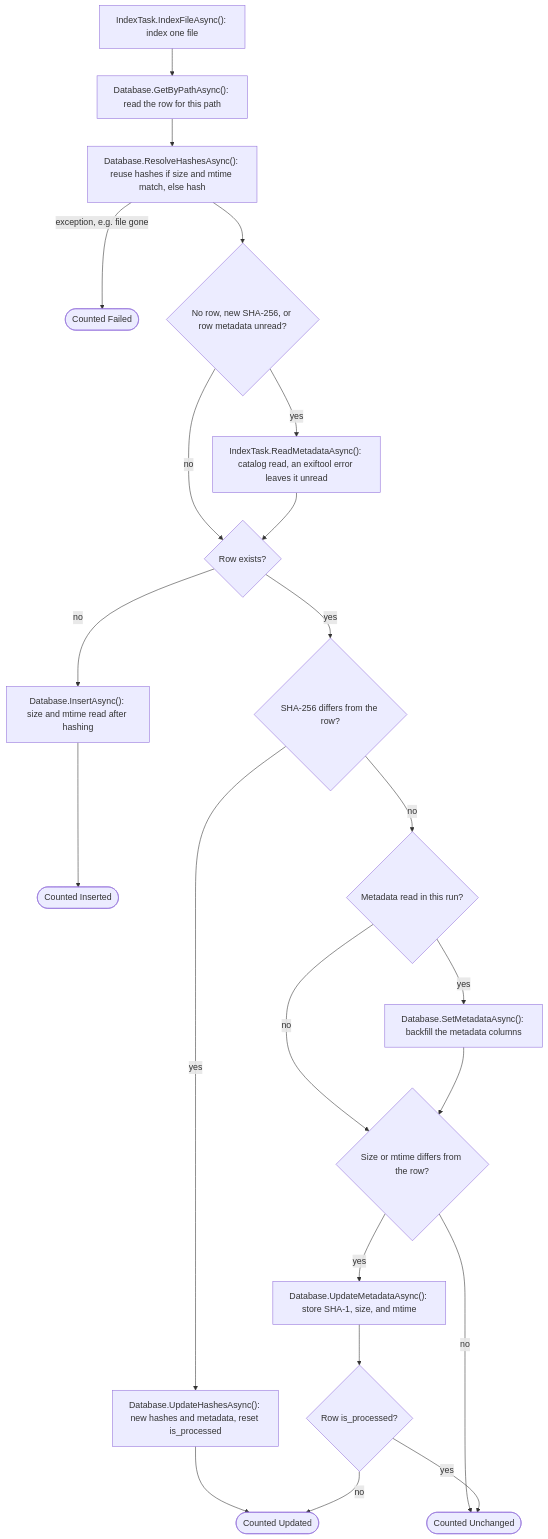
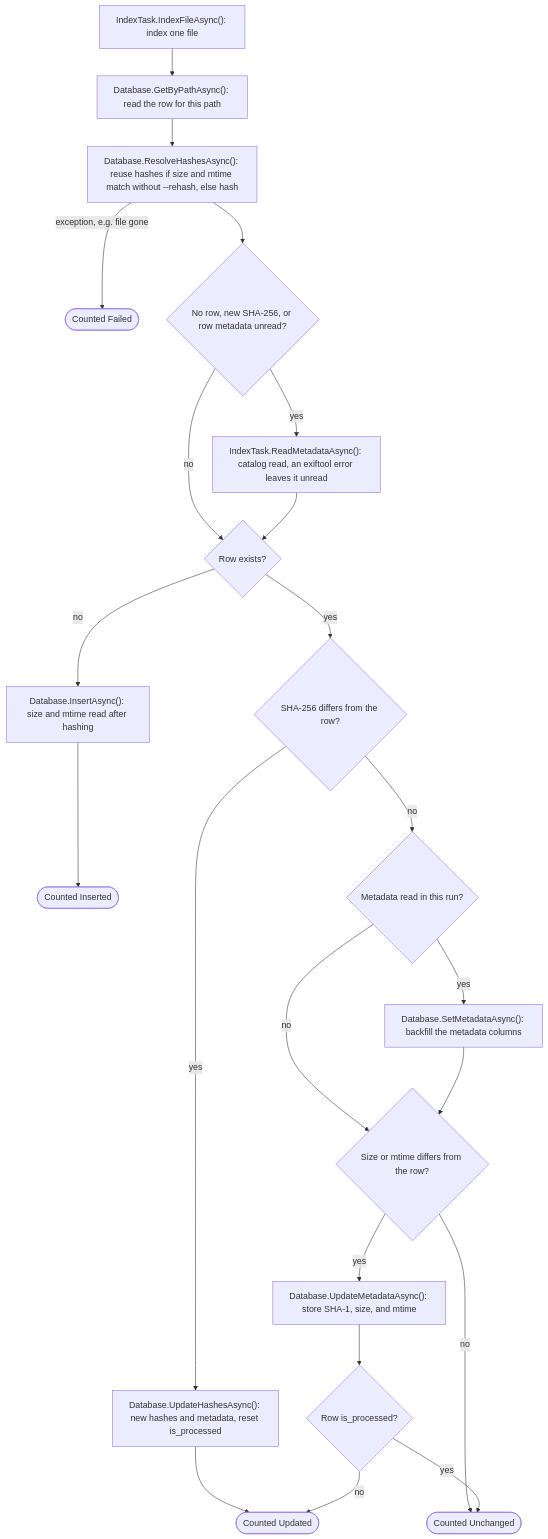
One commit to ptr727/PhotoCleaner changed diagram 15 of 23 in ARCHITECTURE.md. Above: the diagram before and after it, drawn with Mermaid. The commit also changed other lines of this file and 2 other files, not shown here.

First line of the commit message:
Correct Nine Diagram and Prose Claims Against the Code

````diff
--- a/ARCHITECTURE.md
+++ b/ARCHITECTURE.md
@@ -821,25 +823,25 @@
 ```mermaid
 flowchart TD
   start["IndexTask.IndexFileAsync(): index one file"] --> cache["Database.GetByPathAsync(): read the row for this path"]
-  cache --> hash["Database.ResolveHashesAsync(): reuse hashes if size and mtime match, else hash"]
+  cache --> hash["Database.ResolveHashesAsync(): reuse hashes if size and mtime match without --rehash, else hash"]
   hash -->|"exception, e.g. file gone"| failed(["Counted Failed"])
   hash --> needQ{"No row, new SHA-256, or row metadata unread?"}
   needQ -->|"yes"| read["IndexTask.ReadMetadataAsync(): catalog read, an exiftool error leaves it unread"]
   needQ -->|"no"| rowQ{"Row exists?"}
   read --> rowQ
   rowQ -->|"no"| insert["Database.InsertAsync(): size and mtime read after hashing"]
   insert --> inserted(["Counted Inserted"])
   rowQ -->|"yes"| shaQ{"SHA-256 differs from the row?"}
   shaQ -->|"yes"| update["Database.UpdateHashesAsync(): new hashes and metadata, reset is_processed"]
   update --> updated(["Counted Updated"])
   shaQ -->|"no"| metaQ{"Metadata read in this run?"}
   metaQ -->|"yes"| backfill["Database.SetMetadataAsync(): backfill the metadata columns"]
   metaQ -->|"no"| sizeQ{"Size or mtime differs from the row?"}
   backfill --> sizeQ
   sizeQ -->|"no"| unchanged(["Counted Unchanged"])
   sizeQ -->|"yes"| stat["Database.UpdateMetadataAsync(): store SHA-1, size, and mtime"]
   stat --> procQ{"Row is_processed?"}
   procQ -->|"yes"| unchanged
   procQ -->|"no"| updated
   classDef suspect stroke:#c00,stroke-width:2px,stroke-dasharray:5 3
 ```
````
